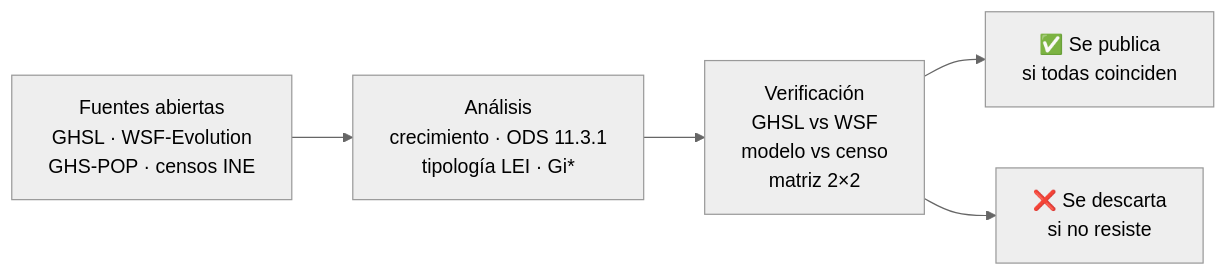
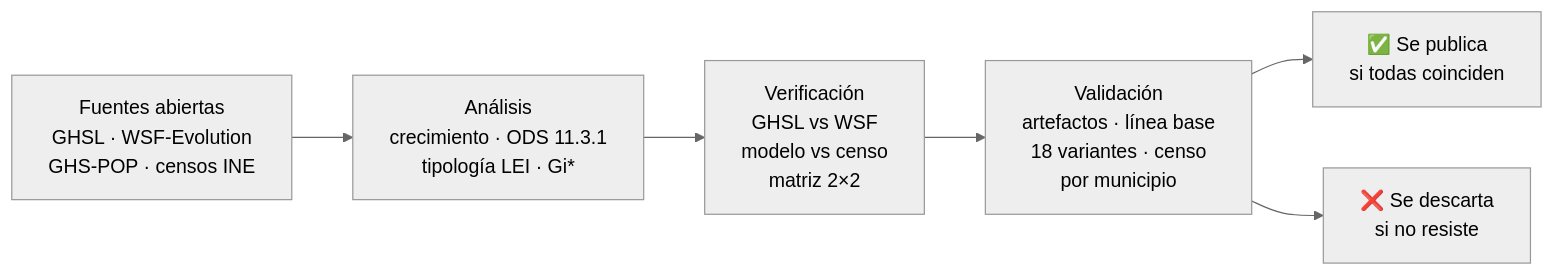
The diagram in p03-crecimiento/README.md (Kaimind-Technologies/geopendatos), drawn with Mermaid (neutral theme) before and after one commit. The commit also changed other lines of this file and 10 other files, not shown here.

Commit message:
P03: validación antes de publicar (artefactos, censos municipales, línea base, 18 variantes de la LEI)

````diff
--- a/p03-crecimiento/README.md
+++ b/p03-crecimiento/README.md
@@ -45,7 +53,8 @@
 ```mermaid
 flowchart LR
     F["Fuentes abiertas<br/>GHSL · WSF-Evolution<br/>GHS-POP · censos INE"] --> A["Análisis<br/>crecimiento · ODS 11.3.1<br/>tipología LEI · Gi*"]
     A --> V["Verificación<br/>GHSL vs WSF<br/>modelo vs censo<br/>matriz 2×2"]
-    V --> P["✅ Se publica<br/>si todas coinciden"]
-    V --> D["❌ Se descarta<br/>si no resiste"]
+    V --> X["Validación<br/>artefactos · línea base<br/>18 variantes · censo<br/>por municipio"]
+    X --> P["✅ Se publica<br/>si todas coinciden"]
+    X --> D["❌ Se descarta<br/>si no resiste"]
 ```
````
